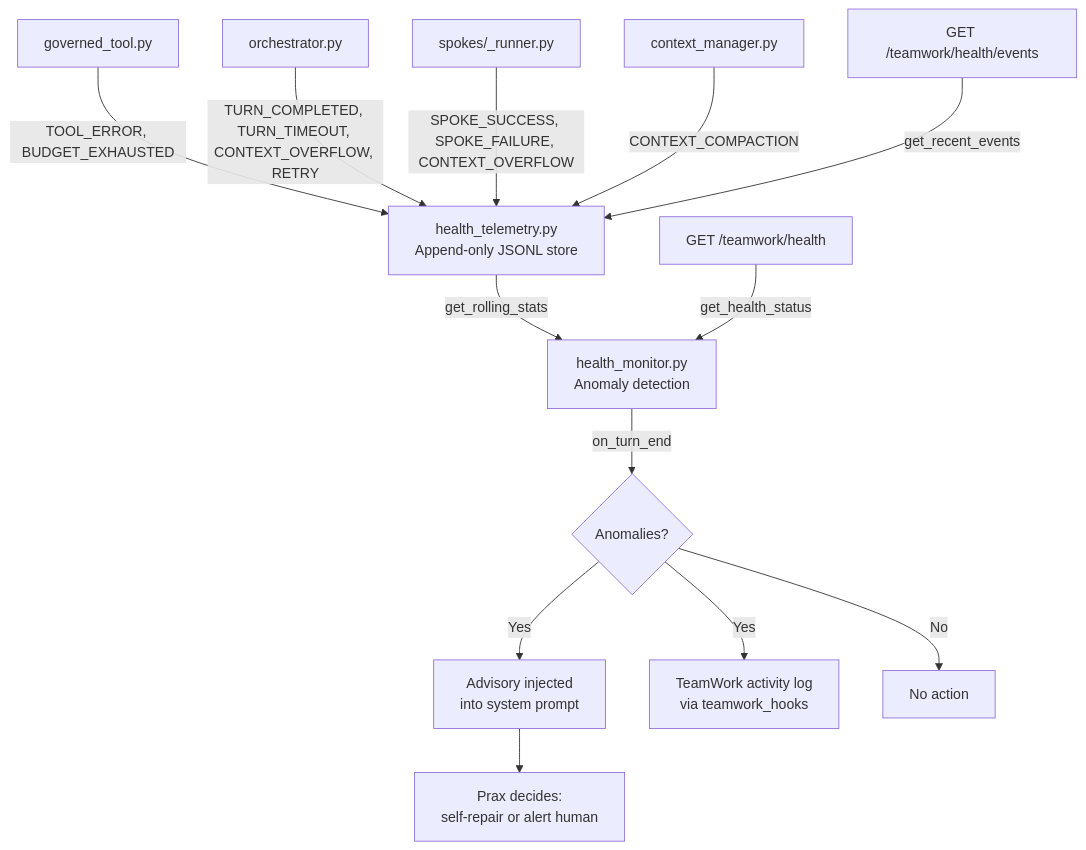
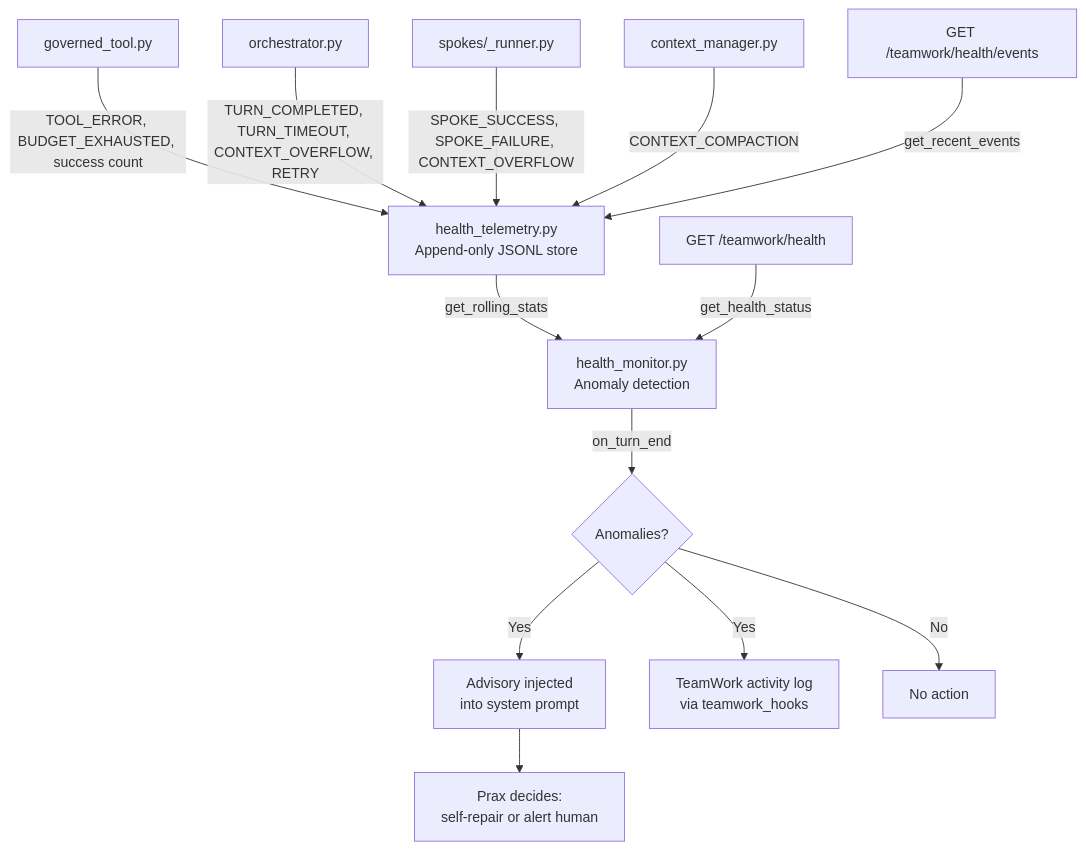
The first of 3 diagrams in docs/infrastructure/health-monitoring.md (praxagent/prax), drawn with Mermaid before and after one commit. The commit also changed other lines of this file and 47 other files, not shown here.

````diff
--- a/docs/infrastructure/health-monitoring.md
+++ b/docs/infrastructure/health-monitoring.md
@@ -60,21 +60,21 @@
 ```mermaid
 flowchart TD
-    GT[governed_tool.py] -->|TOOL_ERROR, BUDGET_EXHAUSTED| HT
+    GT[governed_tool.py] -->|TOOL_ERROR, BUDGET_EXHAUSTED, success count| HT
     ORC[orchestrator.py] -->|TURN_COMPLETED, TURN_TIMEOUT, CONTEXT_OVERFLOW, RETRY| HT
     SR[spokes/_runner.py] -->|SPOKE_SUCCESS, SPOKE_FAILURE, CONTEXT_OVERFLOW| HT
     CM[context_manager.py] -->|CONTEXT_COMPACTION| HT
 
     HT[health_telemetry.py<br/>Append-only JSONL store]
 
     HT -->|get_rolling_stats| HM[health_monitor.py<br/>Anomaly detection]
 
     HM -->|on_turn_end| ADV{Anomalies?}
     ADV -- Yes --> SYS[Advisory injected<br/>into system prompt]
     ADV -- Yes --> TW[TeamWork activity log<br/>via teamwork_hooks]
     ADV -- No --> NOOP[No action]
 
     SYS --> PRAX[Prax decides:<br/>self-repair or alert human]
 
     API1[GET /teamwork/health] -->|get_health_status| HM
     API2[GET /teamwork/health/events] -->|get_recent_events| HT
 ```
````
